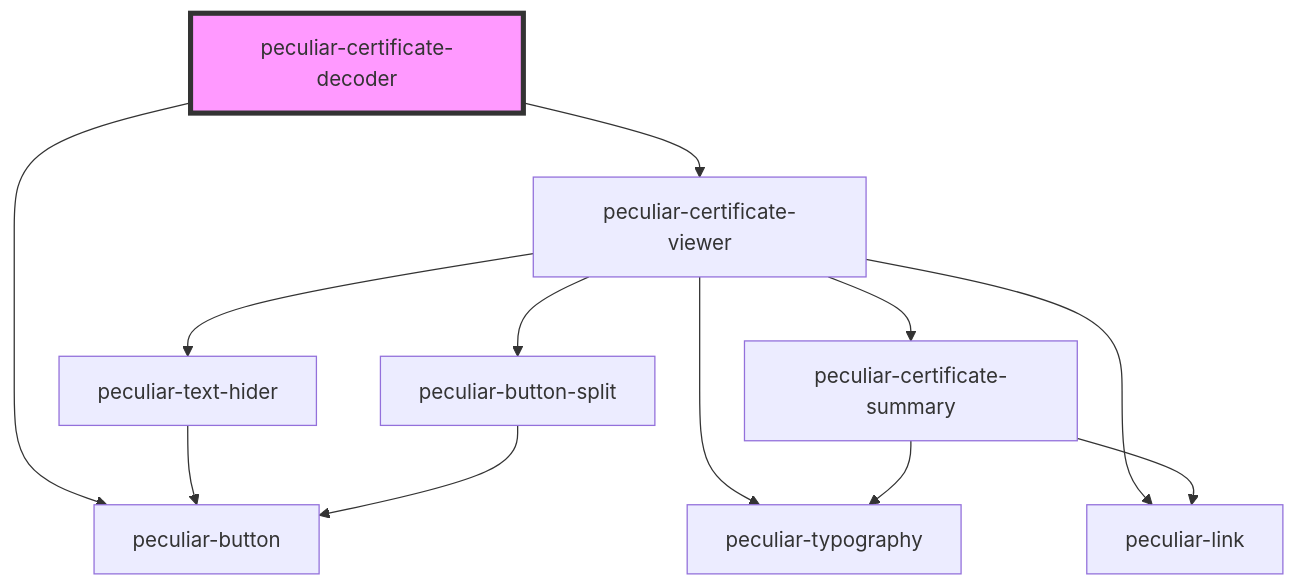
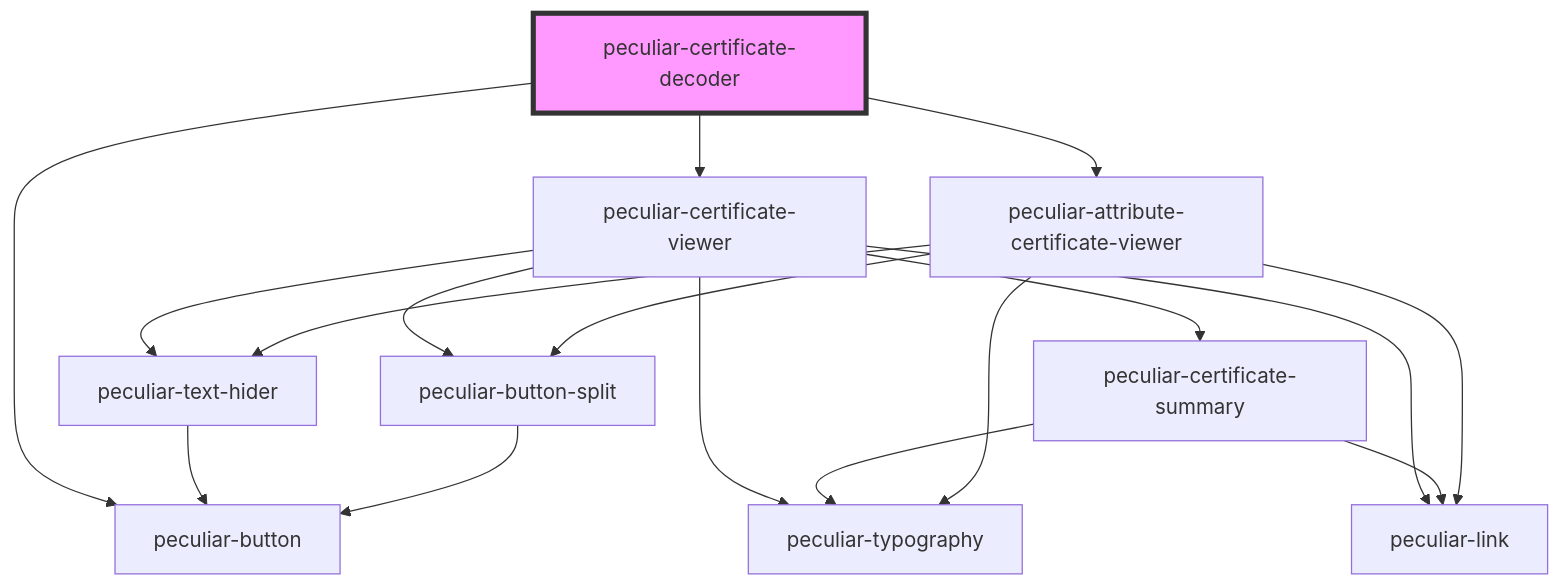
One commit to PeculiarVentures/pv-certificates-viewer changed the diagram in packages/webcomponents/src/components/certificate-decoder/readme.md. Above: the diagram before and after it, drawn with Mermaid. The commit also changed other lines of this file and 10 other files, not shown here.

Commit message:
feat(weebcomponents): split attribute certificate viewer to smaller parts

````diff
--- a/packages/webcomponents/src/components/certificate-decoder/readme.md
+++ b/packages/webcomponents/src/components/certificate-decoder/readme.md
@@ -23,15 +24,20 @@
 ```mermaid
 graph TD;
   peculiar-certificate-decoder --> peculiar-button
   peculiar-certificate-decoder --> peculiar-certificate-viewer
+  peculiar-certificate-decoder --> peculiar-attribute-certificate-viewer
   peculiar-certificate-viewer --> peculiar-typography
   peculiar-certificate-viewer --> peculiar-certificate-summary
   peculiar-certificate-viewer --> peculiar-text-hider
   peculiar-certificate-viewer --> peculiar-link
   peculiar-certificate-viewer --> peculiar-button-split
   peculiar-certificate-summary --> peculiar-typography
   peculiar-certificate-summary --> peculiar-link
   peculiar-text-hider --> peculiar-button
   peculiar-button-split --> peculiar-button
+  peculiar-attribute-certificate-viewer --> peculiar-typography
+  peculiar-attribute-certificate-viewer --> peculiar-text-hider
+  peculiar-attribute-certificate-viewer --> peculiar-link
+  peculiar-attribute-certificate-viewer --> peculiar-button-split
   style peculiar-certificate-decoder fill:#f9f,stroke:#333,stroke-width:4px
 ```
````
